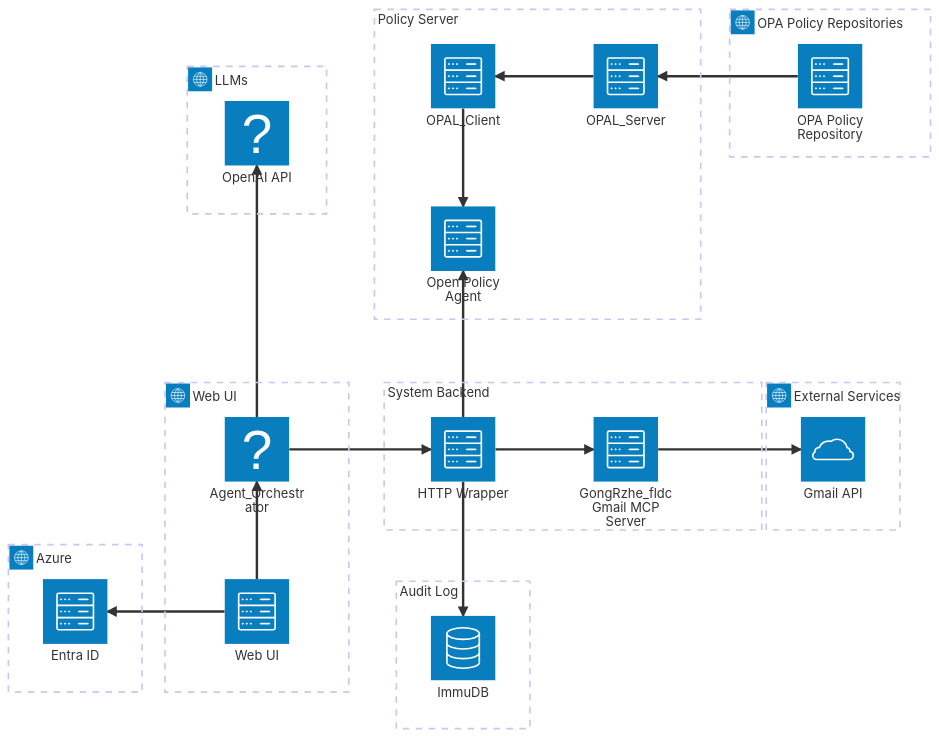
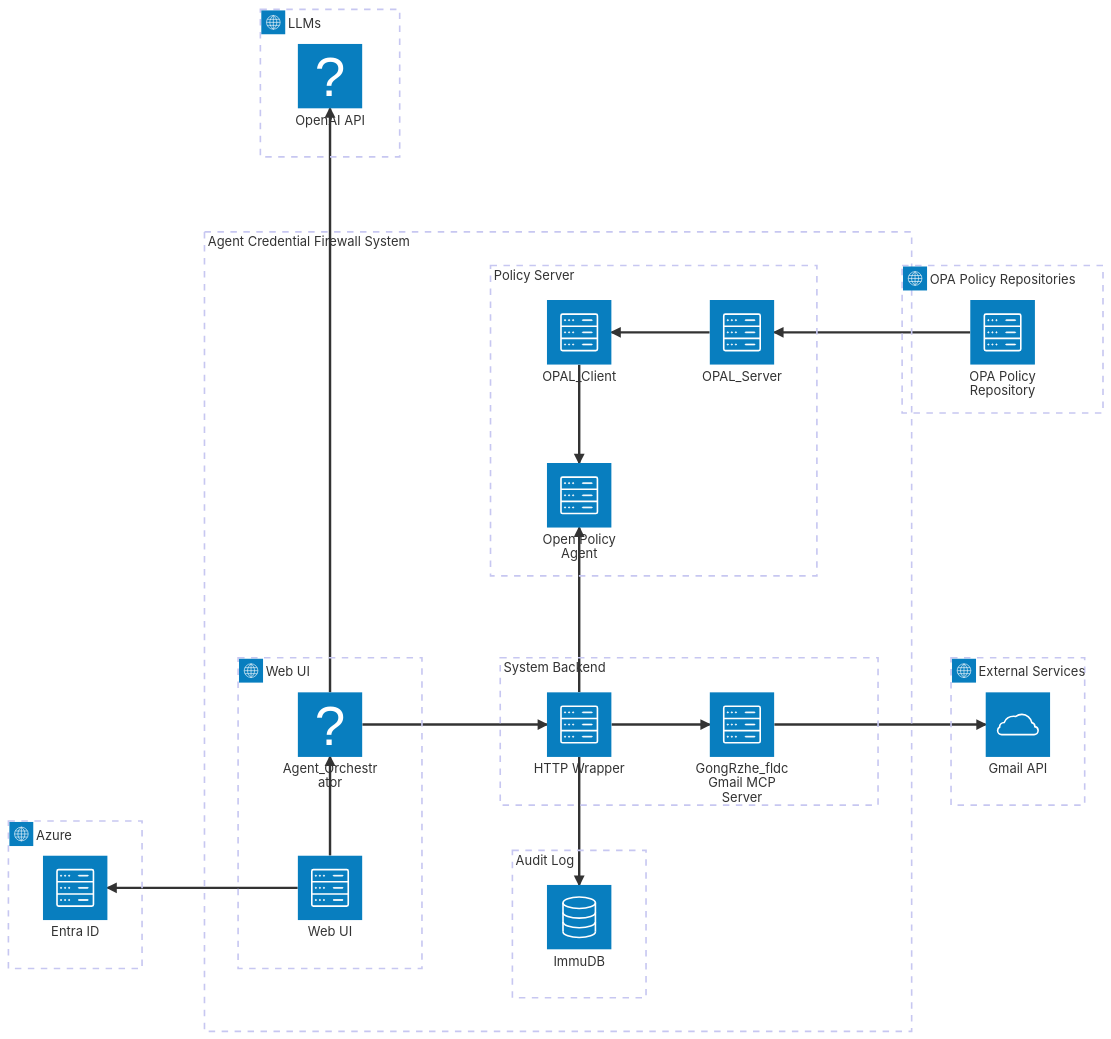
The diagram in Diagrams/architecture.mmd (Blizzard-Of-Oz/cyber295-team3), drawn with Mermaid before and after one commit.

Commit message:
update architecture diag (#16)
* add OPAL

* updated OPA related doc

* update architecture doc

```diff
--- a/Diagrams/architecture.mmd
+++ b/Diagrams/architecture.mmd
@@ -1,40 +1,41 @@
 ---
 config:
   theme: mc
 ---
 architecture-beta
 
-  group g_ui(internet) [Web UI]
+  group g_ACF[Agent Credential Firewall System]
+  group g_ui(internet) [Web UI] in g_ACF
   group g_entraid(internet) [Azure]
   group g_llms(internet)[LLMs]
-  group g_mcp[System Backend]
-  group g_db[Audit Log]
-  group g_opa[Policy Server]
+  group g_mcp[System Backend] in g_ACF
+  group g_db[Audit Log] in g_ACF
+  group g_opa[Policy Server] in g_ACF
   group g_ext(internet)[External Services]
   group g_opa_policy(internet)[OPA Policy Repositories]
 
   service web(server)[Web UI] in g_ui
   service entraid(server)[Entra ID] in g_entraid
   service agent(brain)[Agent_Orchestrator] in g_ui
   service orchestration(brain)[OpenAI API] in g_llms
   service http_wrapper(server)[HTTP Wrapper] in g_mcp
   service mcp(server)[GongRzhe_fldc Gmail MCP Server] in g_mcp
   service extsvc(cloud)[Gmail API] in g_ext
   service auditlog(database)[ImmuDB] in g_db
   service opa(server)[Open Policy Agent] in g_opa
   service opal_server(server)[OPAL_Server] in g_opa
   service opal_client(server)[OPAL_Client] in g_opa
   service opa_policy_repo(server)[OPA Policy Repository] in g_opa_policy
 
 
   web:L --> R:entraid
   web:T --> B:agent
   agent:T --> B:orchestration
   agent:R --> L:http_wrapper
   http_wrapper:R --> L:mcp
   http_wrapper:B --> T:auditlog
   http_wrapper:T --> B:opa
   mcp:R --> L:extsvc
   opa_policy_repo:L --> R:opal_server
   opal_client:B --> T:opa
   opal_server:L --> R:opal_client
```
